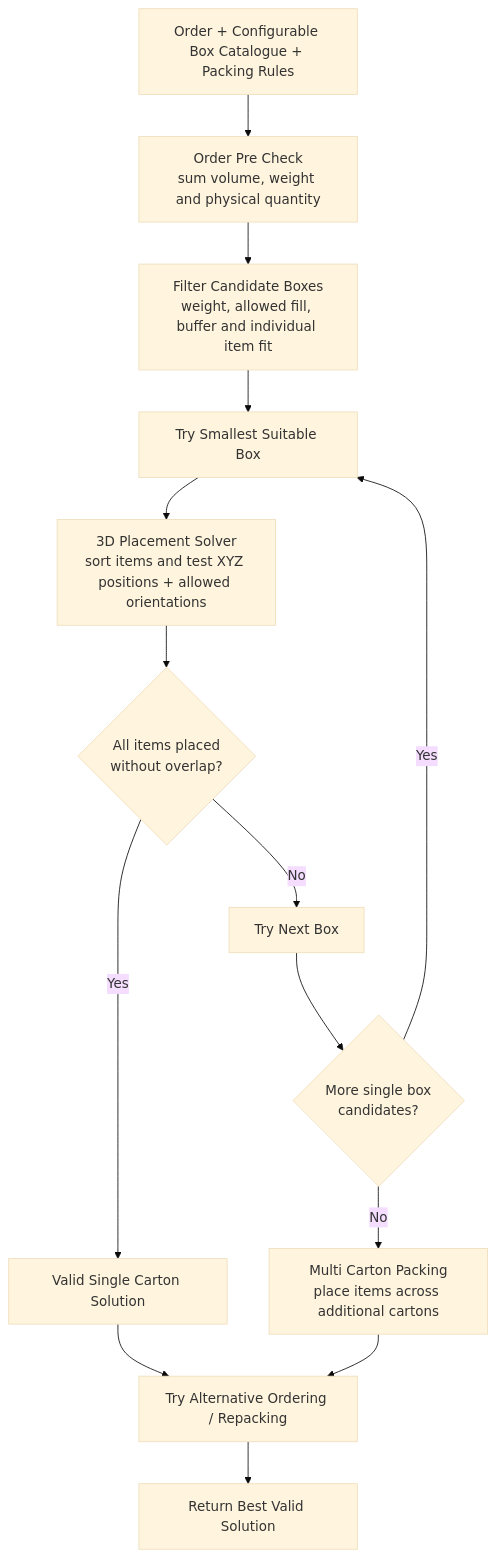
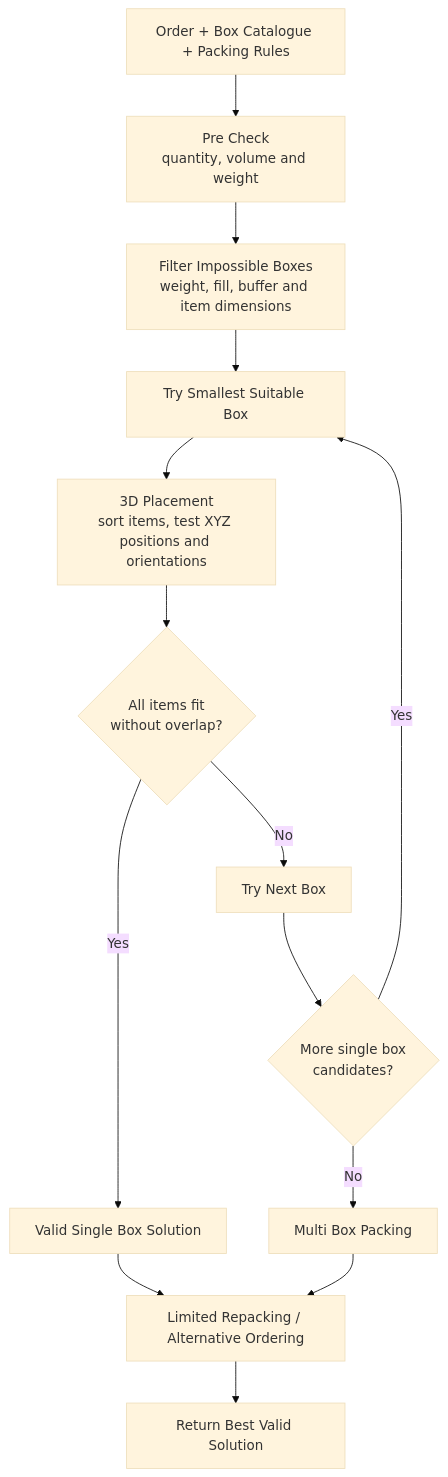
The diagram in README.md (Voycepeh/ihubsolutions-capstone-project), drawn with Mermaid (base theme) before and after one commit. The commit also changed other lines of this file, not shown here.

````diff
--- a/README.md
+++ b/README.md
@@ -36,21 +19,21 @@
 ```mermaid
 flowchart TD
-    A[Order + Configurable Box Catalogue + Packing Rules]
-    B[Order Pre Check<br/>sum volume, weight and physical quantity]
-    C[Filter Candidate Boxes<br/>weight, allowed fill, buffer and individual item fit]
+    A[Order + Box Catalogue + Packing Rules]
+    B[Pre Check<br/>quantity, volume and weight]
+    C[Filter Impossible Boxes<br/>weight, fill, buffer and item dimensions]
     D[Try Smallest Suitable Box]
-    E[3D Placement Solver<br/>sort items and test XYZ positions + allowed orientations]
-    F{All items placed<br/>without overlap?}
-    G[Valid Single Carton Solution]
+    E[3D Placement<br/>sort items, test XYZ positions and orientations]
+    F{All items fit<br/>without overlap?}
+    G[Valid Single Box Solution]
     H[Try Next Box]
     I{More single box<br/>candidates?}
-    J[Multi Carton Packing<br/>place items across additional cartons]
-    K[Try Alternative Ordering / Repacking]
+    J[Multi Box Packing]
+    K[Limited Repacking / Alternative Ordering]
     L[Return Best Valid Solution]
 
     A --> B --> C --> D --> E --> F
     F -->|Yes| G --> K --> L
     F -->|No| H --> I
     I -->|Yes| D
     I -->|No| J --> K
 ```
````
